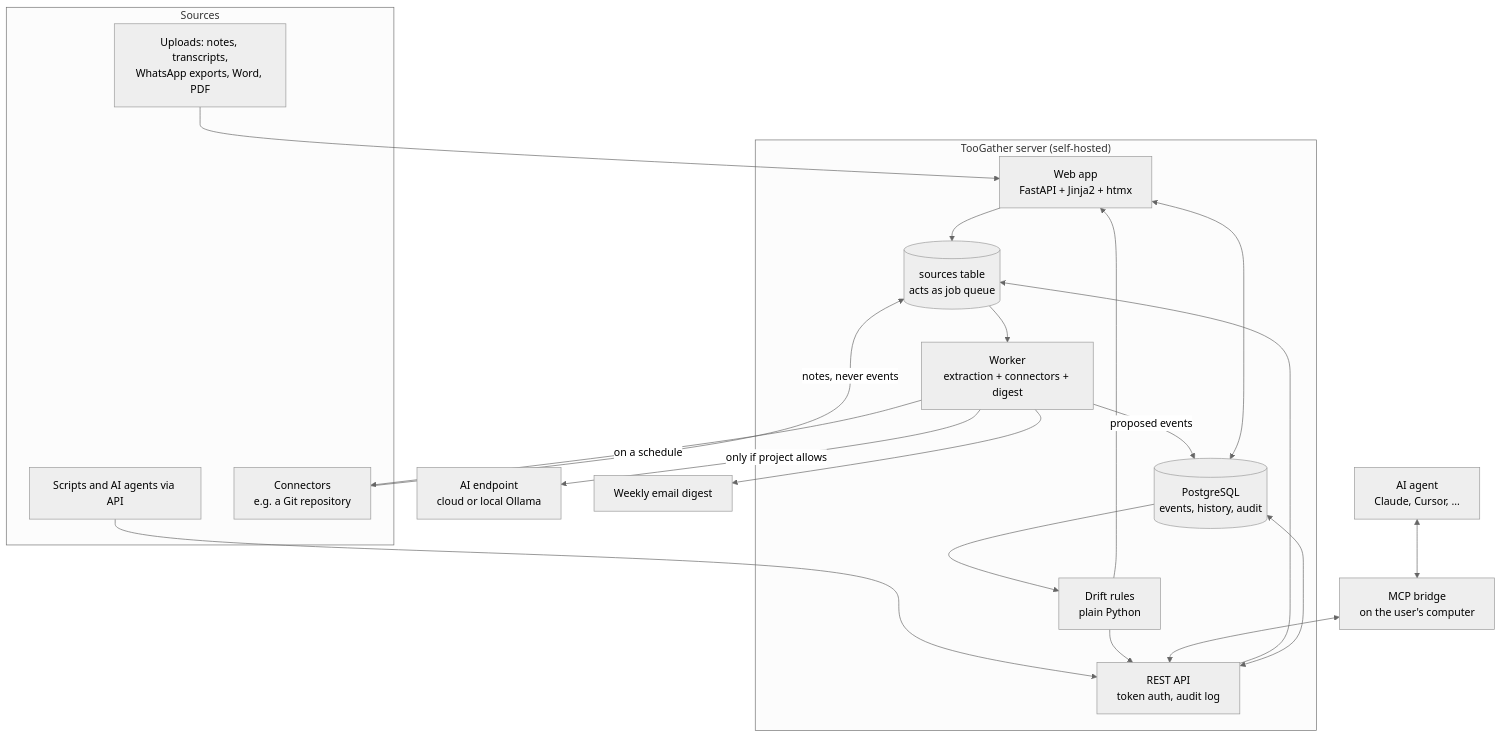
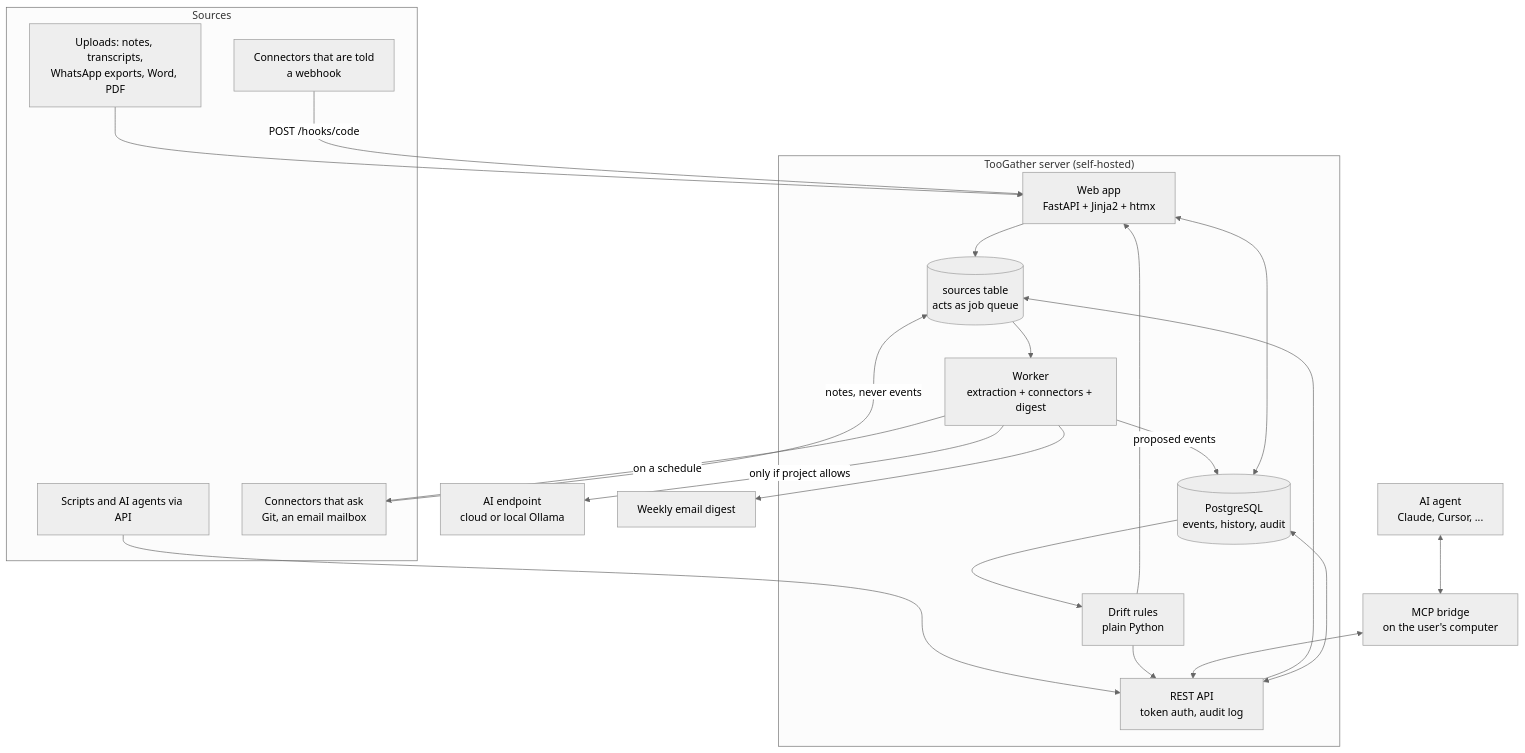
One commit to 161402059SGS/TooGather changed the first of 3 diagrams in ARCHITECTURE.md. Above: the diagram before and after it, drawn with Mermaid (neutral theme). The commit also changed other lines of this file and 26 other files, not shown here.

First line of the commit message:
v0.3.0: history for what people write, bulk review, webhook and email connectors

````diff
--- a/ARCHITECTURE.md
+++ b/ARCHITECTURE.md
@@ -7,37 +7,39 @@
 ```mermaid
 flowchart TD
     subgraph Sources
         U[Uploads: notes, transcripts,<br/>WhatsApp exports, Word, PDF]
         A[Scripts and AI agents via API]
-        C[Connectors<br/>e.g. a Git repository]
+        C[Connectors that ask<br/>Git, an email mailbox]
+        H[Connectors that are told<br/>a webhook]
     end
 
     subgraph Server["TooGather server (self-hosted)"]
         W[Web app<br/>FastAPI + Jinja2 + htmx]
         API[REST API<br/>token auth, audit log]
         Q[(sources table<br/>acts as job queue)]
         WK[Worker<br/>extraction + connectors + digest]
         DB[(PostgreSQL<br/>events, history, audit)]
         D[Drift rules<br/>plain Python]
     end
 
     LLM[AI endpoint<br/>cloud or local Ollama]
     MCP[MCP bridge<br/>on the user's computer]
     Agent[AI agent<br/>Claude, Cursor, ...]
     Mail[Weekly email digest]
 
     U --> W --> Q
     A --> API --> Q
     Q --> WK
     WK -- "on a schedule" --> C
     C -- "notes, never events" --> Q
+    H -- "POST /hooks/code" --> W
     WK -- "only if project allows" --> LLM
     WK -- proposed events --> DB
     W <--> DB
     API <--> DB
     DB --> D
     D --> W
     D --> API
     WK --> Mail
     Agent <--> MCP <--> API
 ```
````
